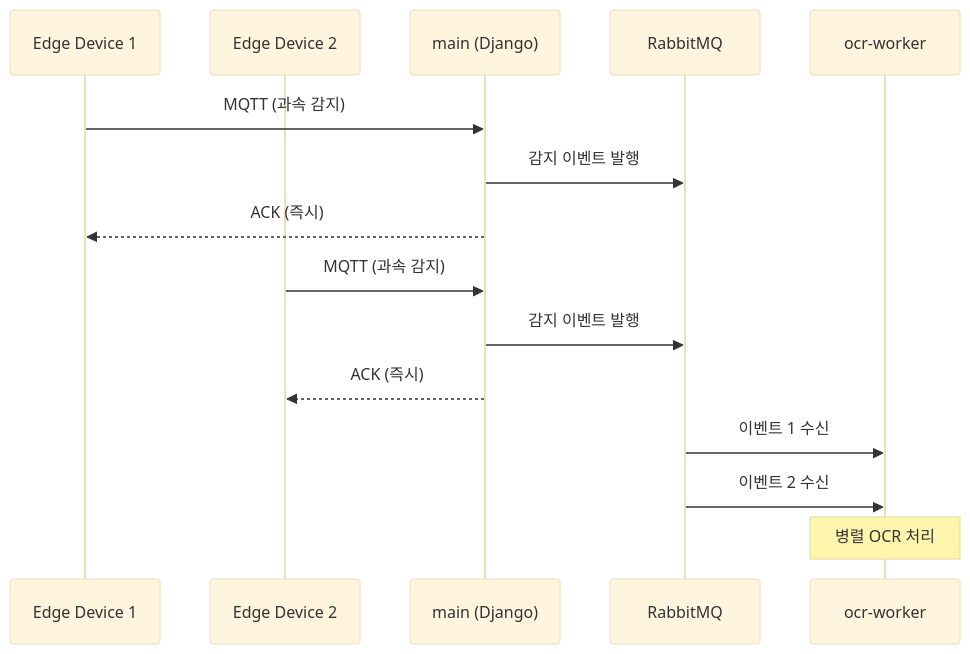
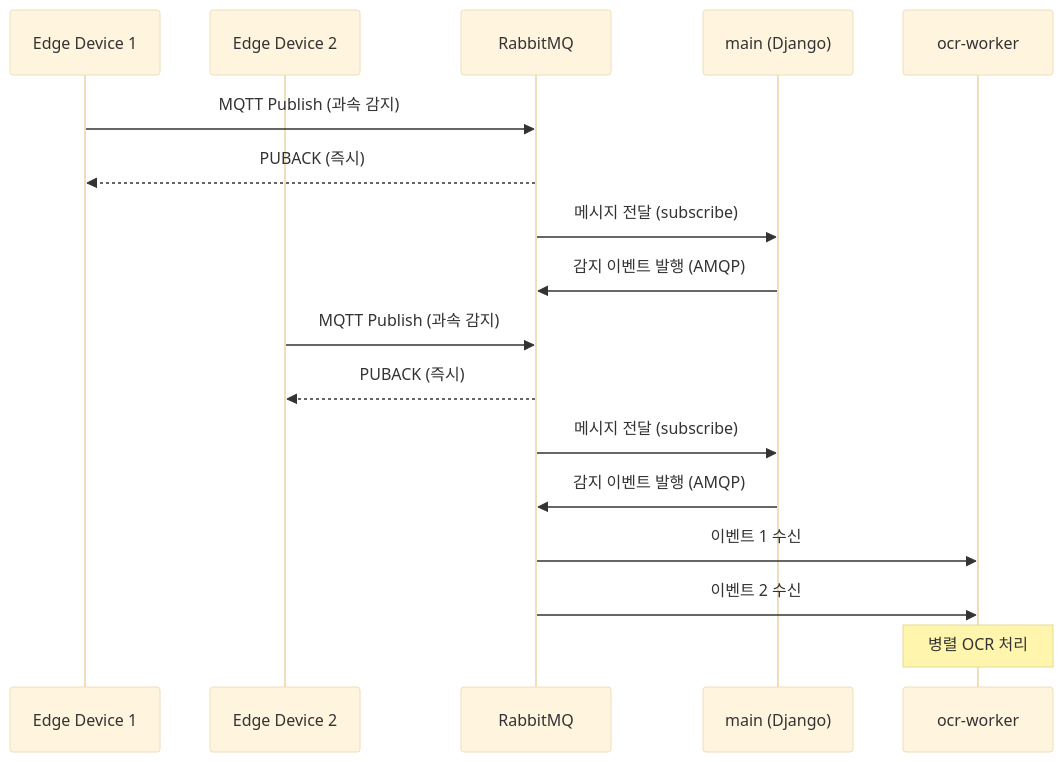
Before and after one commit to Qualcom-Capstone/backend: the seventh of 12 diagrams in docs/ARCHITECTURE_COMPARISON.md, drawn with Mermaid (base theme). The commit also changed other lines of this file, not shown here.

First line of the commit message:
docs: fix sequence diagrams to show correct MQTT flow

````diff
--- a/docs/ARCHITECTURE_COMPARISON.md
+++ b/docs/ARCHITECTURE_COMPARISON.md
@@ -232,20 +232,22 @@
 ```mermaid
 sequenceDiagram
     participant E1 as Edge Device 1
     participant E2 as Edge Device 2
+    participant Q as RabbitMQ
     participant M as main (Django)
-    participant Q as RabbitMQ
     participant O as ocr-worker
 
-    E1->>M: MQTT (과속 감지)
-    M->>Q: 감지 이벤트 발행
-    M-->>E1: ACK (즉시)
+    E1->>Q: MQTT Publish (과속 감지)
+    Q-->>E1: PUBACK (즉시)
+    Q->>M: 메시지 전달 (subscribe)
+    M->>Q: 감지 이벤트 발행 (AMQP)
 
-    E2->>M: MQTT (과속 감지)
-    M->>Q: 감지 이벤트 발행
-    M-->>E2: ACK (즉시)
+    E2->>Q: MQTT Publish (과속 감지)
+    Q-->>E2: PUBACK (즉시)
+    Q->>M: 메시지 전달 (subscribe)
+    M->>Q: 감지 이벤트 발행 (AMQP)
 
     Q->>O: 이벤트 1 수신
     Q->>O: 이벤트 2 수신
     Note over O: 병렬 OCR 처리
 ```
````
